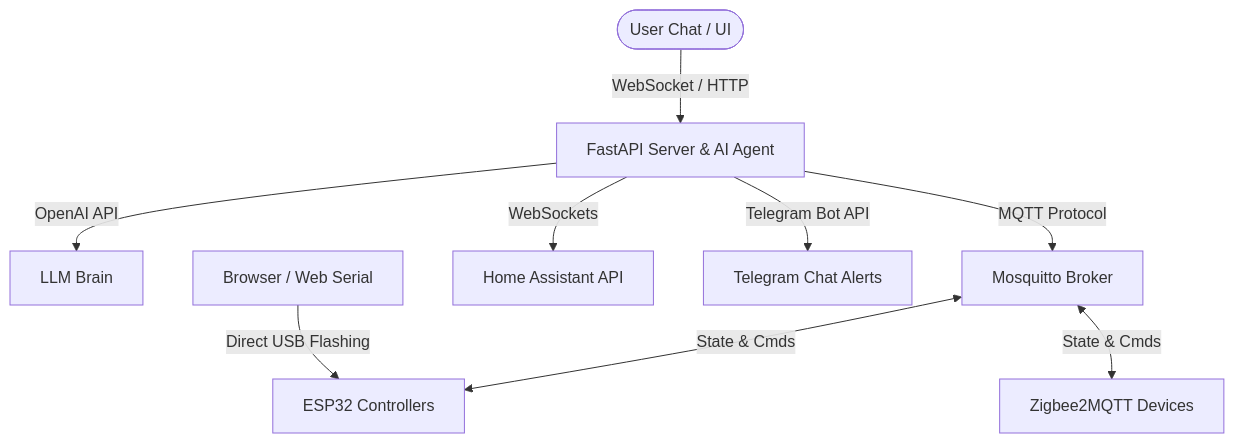
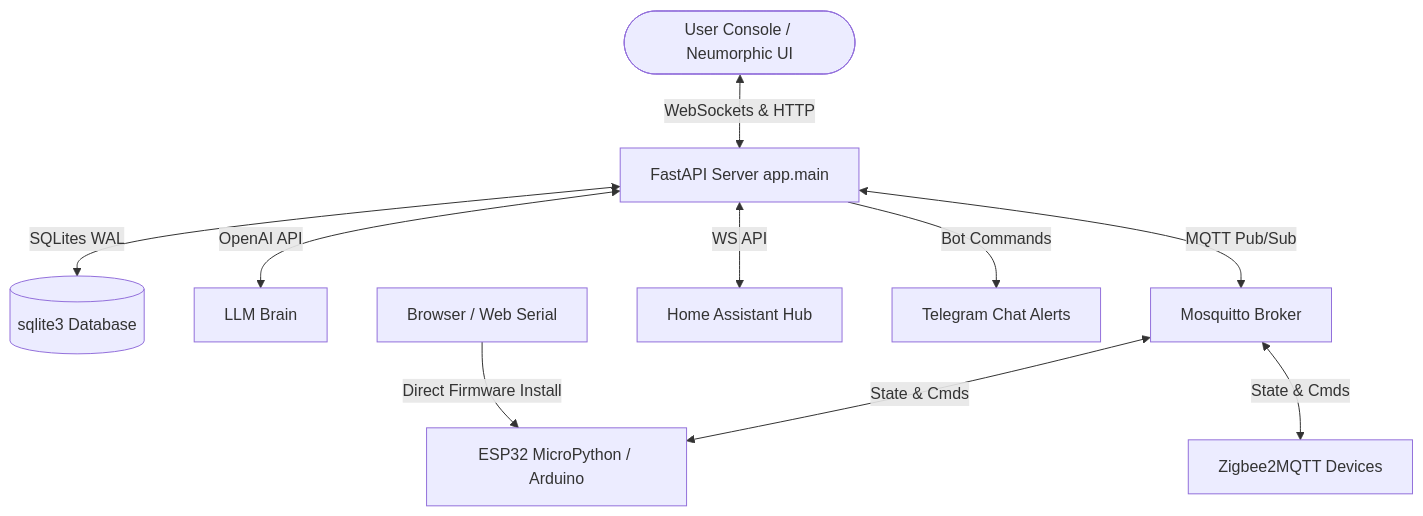
The diagram in README.md (amarnath3003/IoT-Claw), drawn with Mermaid before and after one commit. The commit also changed other lines of this file, not shown here.

Commit message:
docs: update README with refined project architecture and comprehensive file structure mapping

````diff
--- a/README.md
+++ b/README.md
@@ -28,13 +28,14 @@
 ```mermaid
 graph TD
-    User([User Chat / UI]) -->|WebSocket / HTTP| Backend[FastAPI Server & AI Agent]
-    Backend -->|OpenAI API| LLM[LLM Brain]
-    Backend -->|MQTT Protocol| Broker[Mosquitto Broker]
-    Backend -->|WebSockets| HomeAssistant[Home Assistant API]
+    User([User Console / Neumorphic UI]) <-->|WebSockets & HTTP| Backend[FastAPI Server app.main]
+    Backend <-->|SQLites WAL| DB[(sqlite3 Database)]
+    Backend <-->|OpenAI API| LLM[LLM Brain]
+    Backend <-->|MQTT Pub/Sub| Broker[Mosquitto Broker]
+    Backend <-->|WS API| HomeAssistant[Home Assistant Hub]
     
-    Broker <-->|State & Cmds| ESP32[ESP32 Controllers]
+    Broker <-->|State & Cmds| ESP32[ESP32 MicroPython / Arduino]
     Broker <-->|State & Cmds| Zigbee[Zigbee2MQTT Devices]
     
-    Backend -->|Telegram Bot API| Telegram[Telegram Chat Alerts]
-    Browser[Browser / Web Serial] -->|Direct USB Flashing| ESP32
+    Backend -->|Bot Commands| Telegram[Telegram Chat Alerts]
+    Browser[Browser / Web Serial] -->|Direct Firmware Install| ESP32
 ```
````
